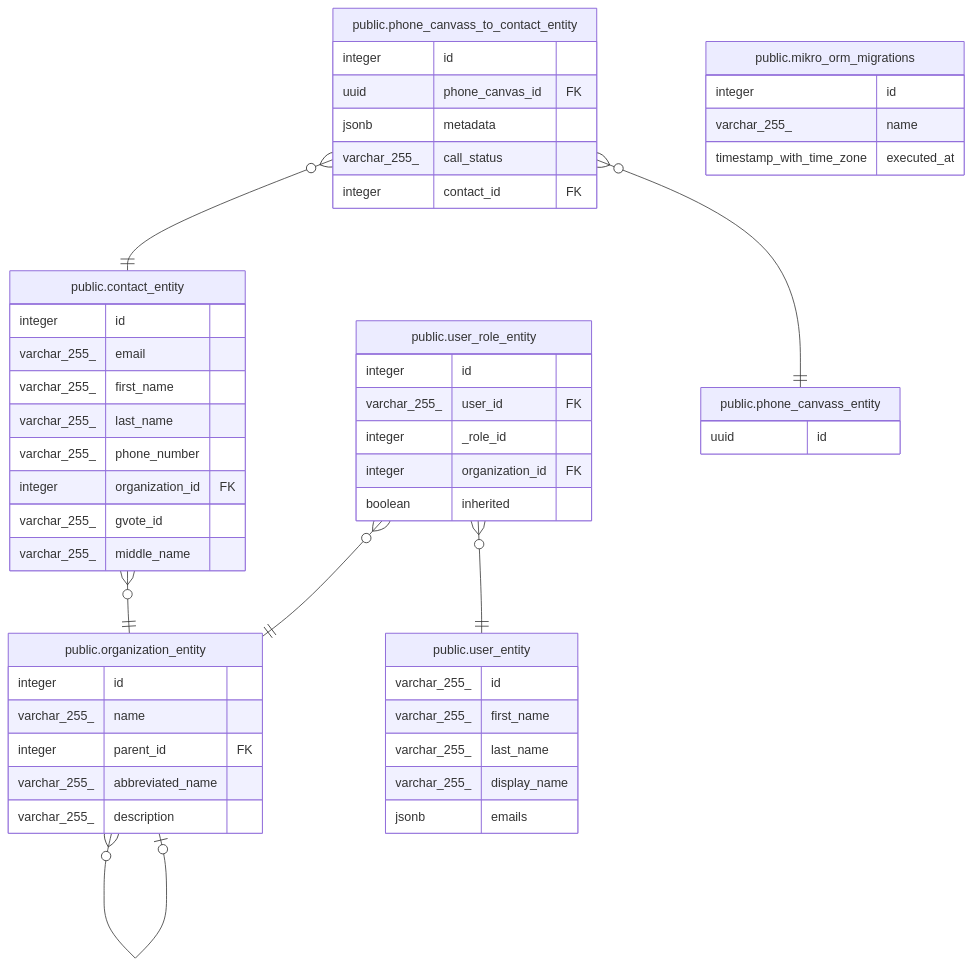
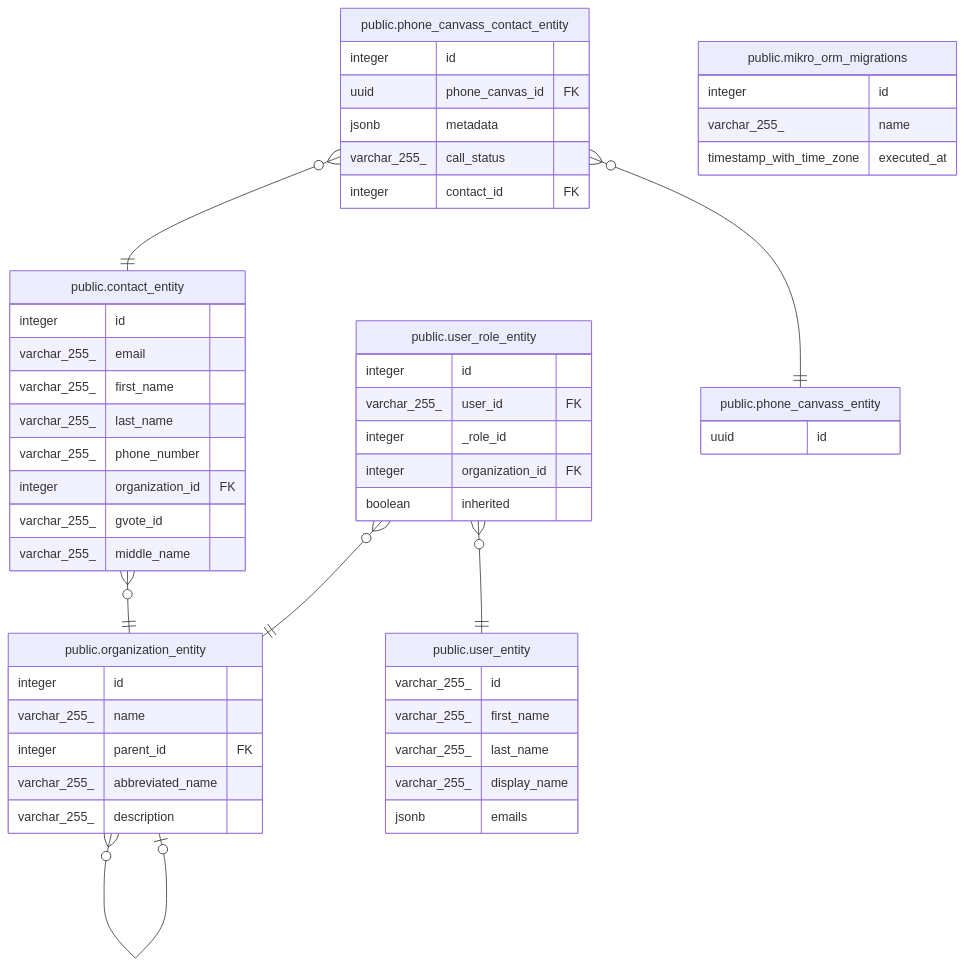
The diagram in doc/schema/README.md (gpo/grassroots), drawn with Mermaid before and after one commit. The commit also changed other lines of this file and 5 other files, not shown here.

````diff
--- a/doc/schema/README.md
+++ b/doc/schema/README.md
@@ -17,57 +17,57 @@
 ```mermaid
 erDiagram
 
 "public.organization_entity" }o--o| "public.organization_entity" : ""
 "public.contact_entity" }o--|| "public.organization_entity" : ""
 "public.user_role_entity" }o--|| "public.user_entity" : ""
 "public.user_role_entity" }o--|| "public.organization_entity" : ""
-"public.phone_canvass_to_contact_entity" }o--|| "public.contact_entity" : ""
-"public.phone_canvass_to_contact_entity" }o--|| "public.phone_canvass_entity" : ""
+"public.phone_canvass_contact_entity" }o--|| "public.contact_entity" : ""
+"public.phone_canvass_contact_entity" }o--|| "public.phone_canvass_entity" : ""
 
 "public.mikro_orm_migrations" {
   integer id
   varchar_255_ name
   timestamp_with_time_zone executed_at
 }
 "public.user_entity" {
   varchar_255_ id
   varchar_255_ first_name
   varchar_255_ last_name
   varchar_255_ display_name
   jsonb emails
 }
 "public.organization_entity" {
   integer id
   varchar_255_ name
   integer parent_id FK
   varchar_255_ abbreviated_name
   varchar_255_ description
 }
 "public.contact_entity" {
   integer id
   varchar_255_ email
   varchar_255_ first_name
   varchar_255_ last_name
   varchar_255_ phone_number
   integer organization_id FK
   varchar_255_ gvote_id
   varchar_255_ middle_name
 }
 "public.user_role_entity" {
   integer id
   varchar_255_ user_id FK
   integer _role_id
   integer organization_id FK
   boolean inherited
 }
 "public.phone_canvass_entity" {
   uuid id
 }
-"public.phone_canvass_to_contact_entity" {
+"public.phone_canvass_contact_entity" {
   integer id
   uuid phone_canvas_id FK
   jsonb metadata
   varchar_255_ call_status
   integer contact_id FK
 }
 ```
````
